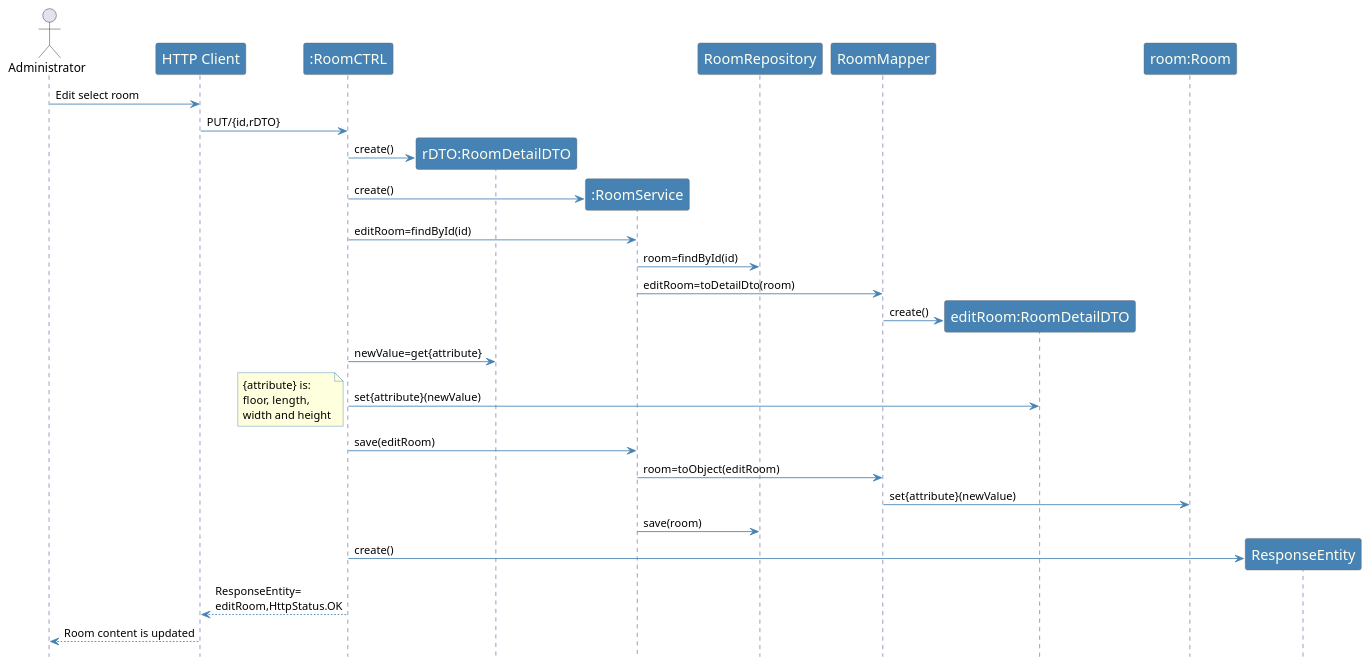
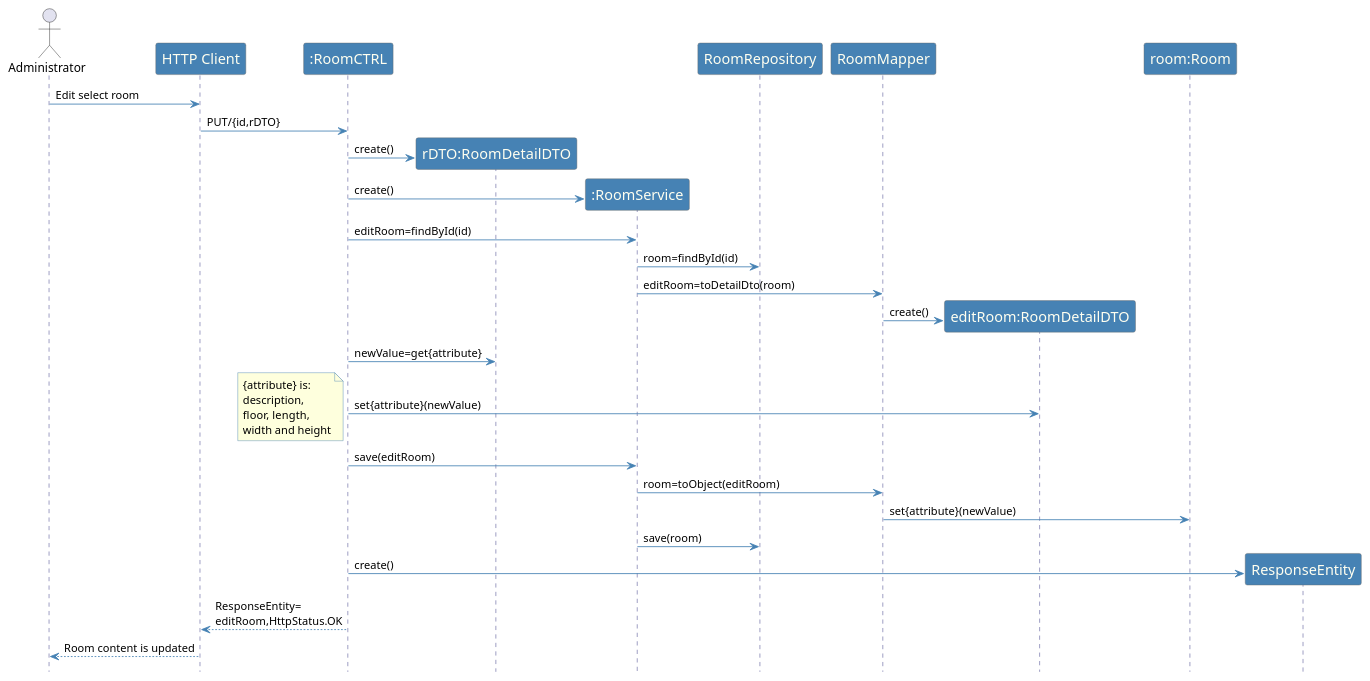
One commit to emanuel-pereira/hou changed the diagram in src/main/java/smarthome/controller/rest/sequenceDiagrams/sd_EditRoomWithUi.puml. Above: the diagram before and after it, drawn with PlantUML. The commit also changed 6 other files, not shown here.

Commit message:
US109: Add Description to the room editing options in the CLI and enable editing of the description in the Rest Controller. Behavior in Rest Controller passed to RoomService with editRoom method. Update sequence diagrams. Close #263

```diff
--- a/src/main/java/smarthome/controller/rest/sequenceDiagrams/sd_EditRoomWithUi.puml
+++ b/src/main/java/smarthome/controller/rest/sequenceDiagrams/sd_EditRoomWithUi.puml
@@ -1,58 +1,59 @@
 @startuml
 hidefootbox
 
 actor Administrator
 
 skinparam sequence {
 	ArrowColor SteelBlue
 	ActorBorderColor Dimgray
 	LifeLineBorderColor MidnightBlue
 	LifeLineBackgroundColor #A9DCDF
 
 	ParticipantBorderColor Dimgray
 	ParticipantBackgroundColor SteelBlue
 	ParticipantFontName Calibri Bold
 	ParticipantFontSize 17
 	ParticipantFontColor Ivory
 
 	ActorBackgroundColor SteelBlue
 	ActorFontColor MidnightBlue
 	ActorFontSize 17
 	ActorFontName Aapex
 }
 
 skinparam note {
 BorderColor SteelBlue
 }
 
 Administrator -> "HTTP Client": Edit select room
 "HTTP Client" -> ":RoomCTRL":  PUT/{id,rDTO}
 create "rDTO:RoomDetailDTO"
 ":RoomCTRL" -> "rDTO:RoomDetailDTO": create()
 create ":RoomService"
 ":RoomCTRL" -> ":RoomService": create()
 ":RoomCTRL" -> ":RoomService": editRoom=findById(id)
 ":RoomService" -> RoomRepository: room=findById(id)
 ":RoomService" -> RoomMapper: editRoom=toDetailDto(room)
 create "editRoom:RoomDetailDTO"
 RoomMapper -> "editRoom:RoomDetailDTO": create()
 ":RoomCTRL" -> "rDTO:RoomDetailDTO": newValue=get{attribute}
 ":RoomCTRL"  -> "editRoom:RoomDetailDTO": set{attribute}(newValue)
 
 note left
 {attribute} is:
+description,
 floor, length,
 width and height
     end note
 ":RoomCTRL" -> ":RoomService": save(editRoom)
 ":RoomService" -> RoomMapper: room=toObject(editRoom)
 RoomMapper -> "room:Room": set{attribute}(newValue)
 
 ":RoomService" -> RoomRepository: save(room)
 create ResponseEntity
 ":RoomCTRL" -> ResponseEntity: create()
 
 "HTTP Client" <-- ":RoomCTRL": ResponseEntity=\neditRoom,HttpStatus.OK
 Administrator <-- "HTTP Client": Room content is updated
 
 @enduml
```
